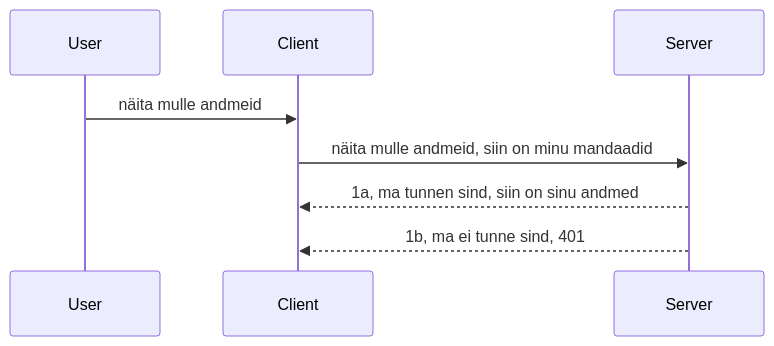
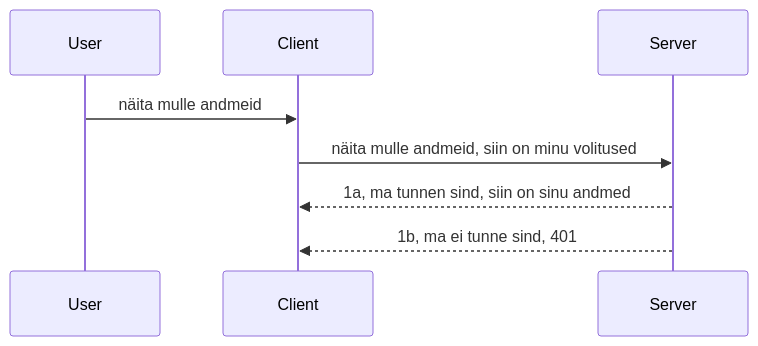
One commit to HIDORAKAI002/ai-workspace-archive changed the diagram in mcp_ecosystem__model_context_protocol/mcp_learning_resources/mcp-for-beginners/translations/et/03-GettingStarted/11-simple-auth/README.md. Above: the diagram before and after it, drawn with Mermaid. The commit also changed other lines of this file and 1160 other files, not shown here.

````diff
--- a/mcp_ecosystem__model_context_protocol/mcp_learning_resources/mcp-for-beginners/translations/et/03-GettingStarted/11-simple-auth/README.md
+++ b/mcp_ecosystem__model_context_protocol/mcp_learning_resources/mcp-for-beginners/translations/et/03-GettingStarted/11-simple-auth/README.md
@@ -24,11 +24,11 @@
 ```mermaid
 sequenceDiagram
    participant User
    participant Client
    participant Server
 
    User->>Client: näita mulle andmeid
-   Client->>Server: näita mulle andmeid, siin on minu mandaadid
+   Client->>Server: näita mulle andmeid, siin on minu volitused
    Server-->>Client: 1a, ma tunnen sind, siin on sinu andmed
    Server-->>Client: 1b, ma ei tunne sind, 401 
 ```
````
